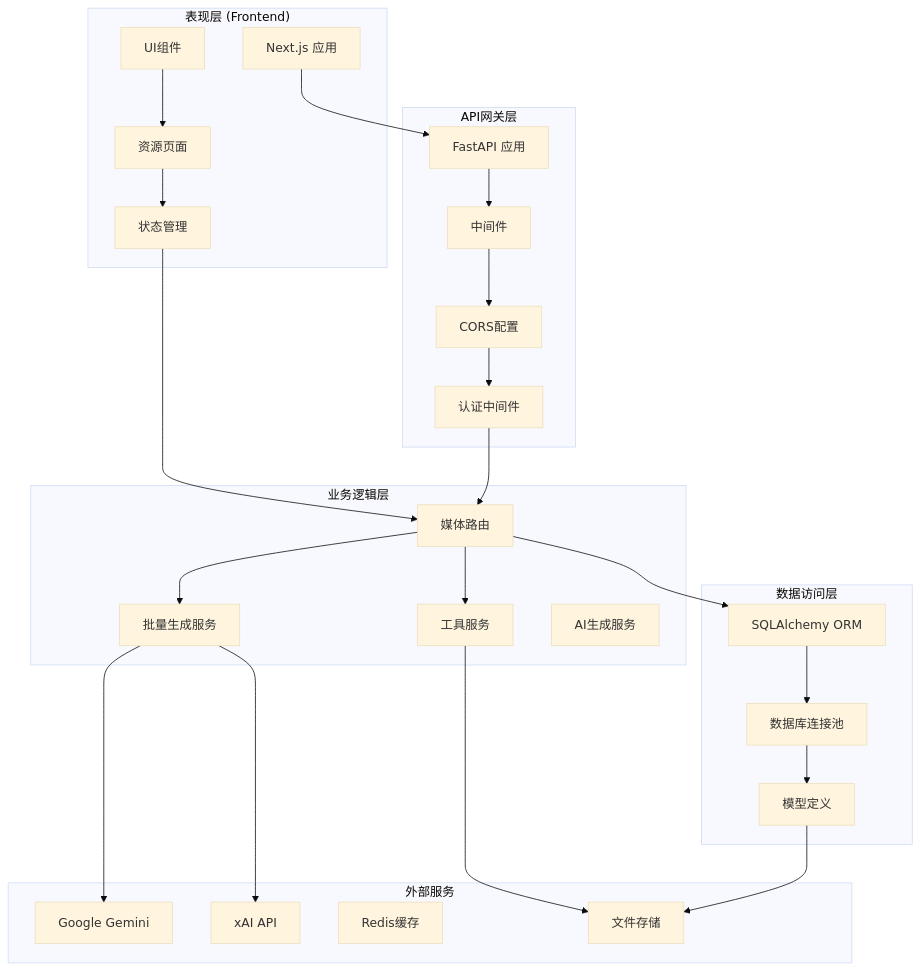
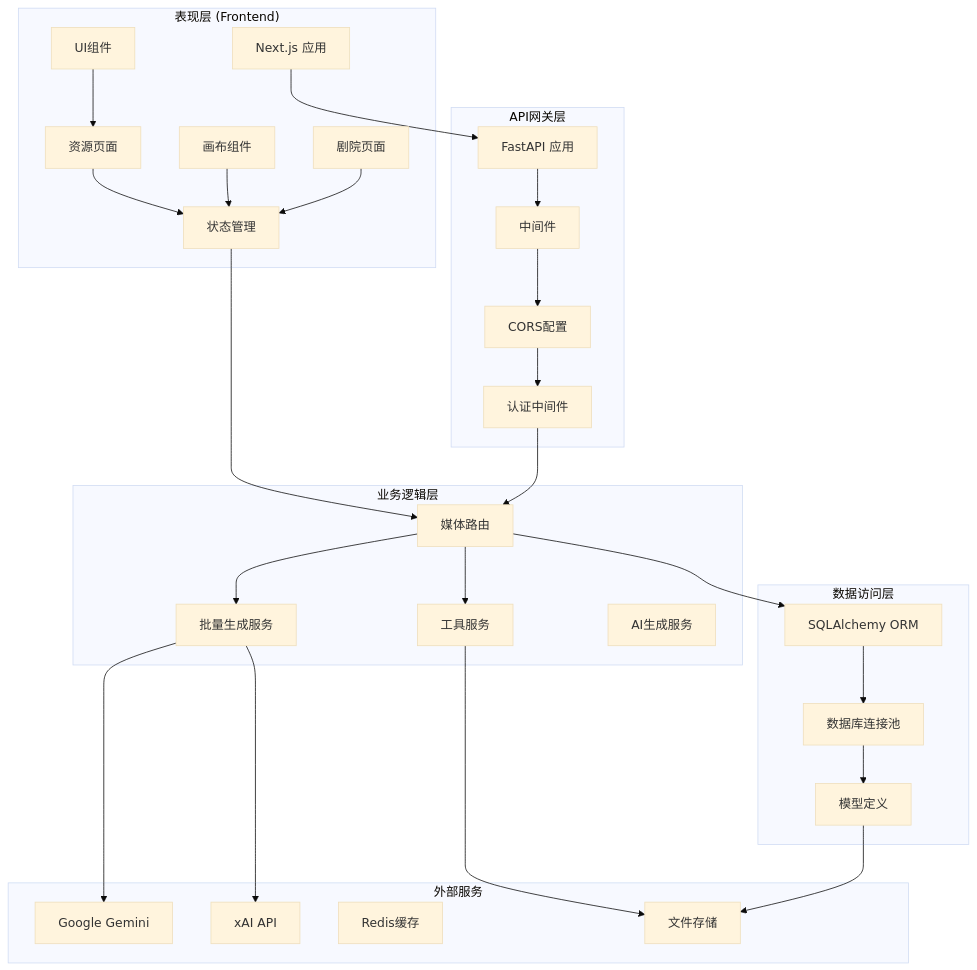
One commit to KunLabAI/KunFlix changed the third of 11 diagrams in .qoder/repowiki/zh/content/媒体生成系统/媒体文件管理/资源管理系统.md. Above: the diagram before and after it, drawn with Mermaid (base theme). The commit also changed other lines of this file and 9 other files, not shown here.

````diff
--- a/.qoder/repowiki/zh/content/媒体生成系统/媒体文件管理/资源管理系统.md
+++ b/.qoder/repowiki/zh/content/媒体生成系统/媒体文件管理/资源管理系统.md
@@ -171,49 +187,53 @@
 ```mermaid
 graph TB
 subgraph "表现层 (Frontend)"
 A[Next.js 应用]
 B[资源页面]
 C[状态管理]
 D[UI组件]
+E[画布组件]
+F[剧院页面]
 end
 subgraph "API网关层"
-E[FastAPI 应用]
-F[中间件]
-G[CORS配置]
-H[认证中间件]
+G[FastAPI 应用]
+H[中间件]
+I[CORS配置]
+J[认证中间件]
 end
 subgraph "业务逻辑层"
-I[媒体路由]
-J[批量生成服务]
-K[工具服务]
-L[AI生成服务]
+K[媒体路由]
+L[批量生成服务]
+M[工具服务]
+N[AI生成服务]
 end
 subgraph "数据访问层"
-M[SQLAlchemy ORM]
-N[数据库连接池]
-O[模型定义]
+O[SQLAlchemy ORM]
+P[数据库连接池]
+Q[模型定义]
 end
 subgraph "外部服务"
-P[Google Gemini]
-Q[xAI API]
-R[Redis缓存]
-S[文件存储]
+R[Google Gemini]
+S[xAI API]
+T[Redis缓存]
+U[文件存储]
 end
-A --> E
+A --> G
 B --> C
-C --> I
+C --> K
 D --> B
-E --> F
-F --> G
+E --> C
+F --> C
 G --> H
 H --> I
 I --> J
-I --> K
-J --> P
-J --> Q
-K --> S
-I --> M
-M --> N
-N --> O
-O --> S
+J --> K
+K --> L
+K --> M
+L --> R
+L --> S
+M --> U
+K --> O
+O --> P
+P --> Q
+Q --> U
 ```
````
